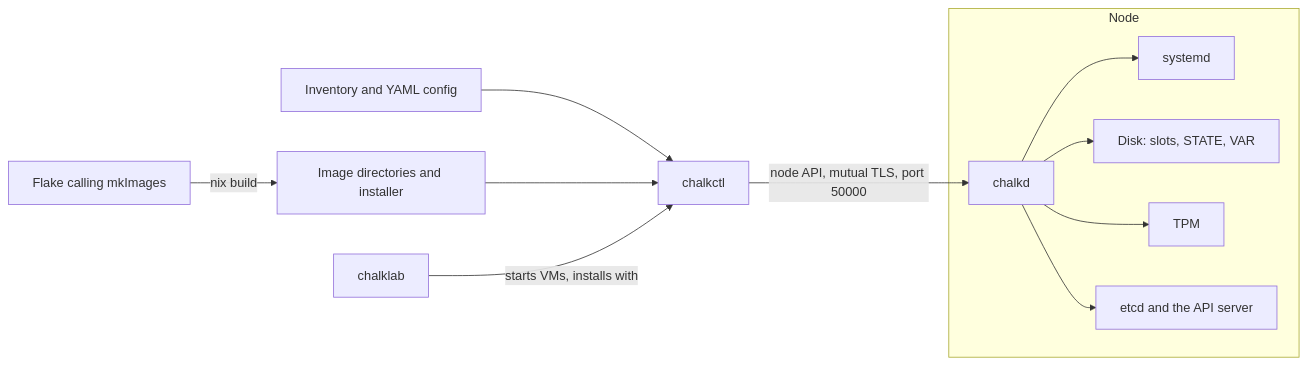
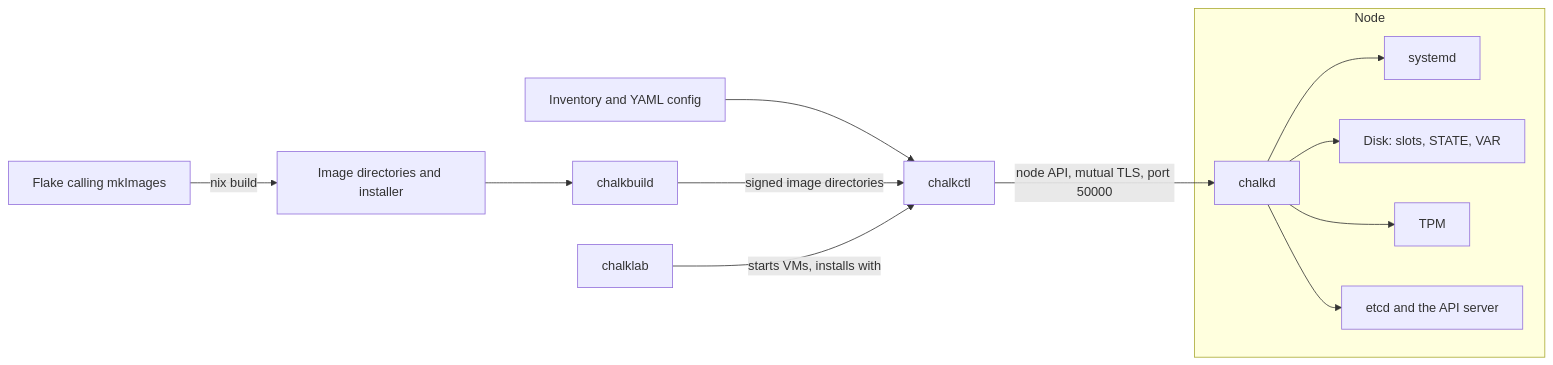
Before and after one commit to trevex/chalkos: the first of 2 diagrams in docs/concepts/architecture.md, drawn with Mermaid. The commit also changed other lines of this file and 27 other files, not shown here.

Commit message:
docs: sign images with chalkbuild before installing or upgrading

````diff
--- a/docs/concepts/architecture.md
+++ b/docs/concepts/architecture.md
@@ -28,14 +31,15 @@
 ```mermaid
 flowchart LR
     flake["Flake calling mkImages"] -->|nix build| images["Image directories and installer"]
     inventory["Inventory and YAML config"] --> chalkctl
-    images --> chalkctl
+    images --> chalkbuild
+    chalkbuild -->|signed image directories| chalkctl
     chalklab -->|starts VMs, installs with| chalkctl
     chalkctl -->|node API, mutual TLS, port 50000| chalkd
     subgraph node["Node"]
         chalkd --> systemd
         chalkd --> disk["Disk: slots, STATE, VAR"]
         chalkd --> tpm["TPM"]
         chalkd --> k8s["etcd and the API server"]
     end
 ```
````
